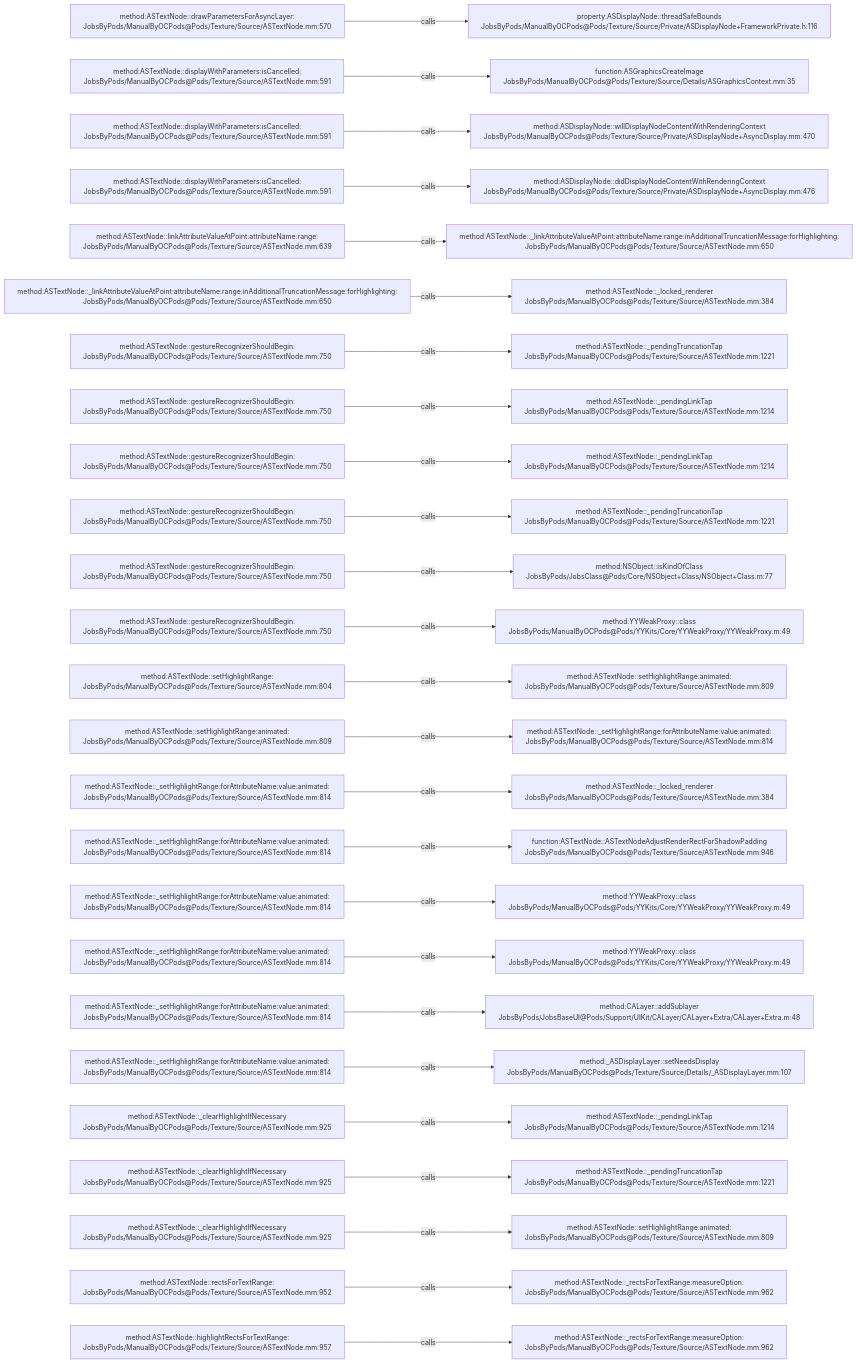
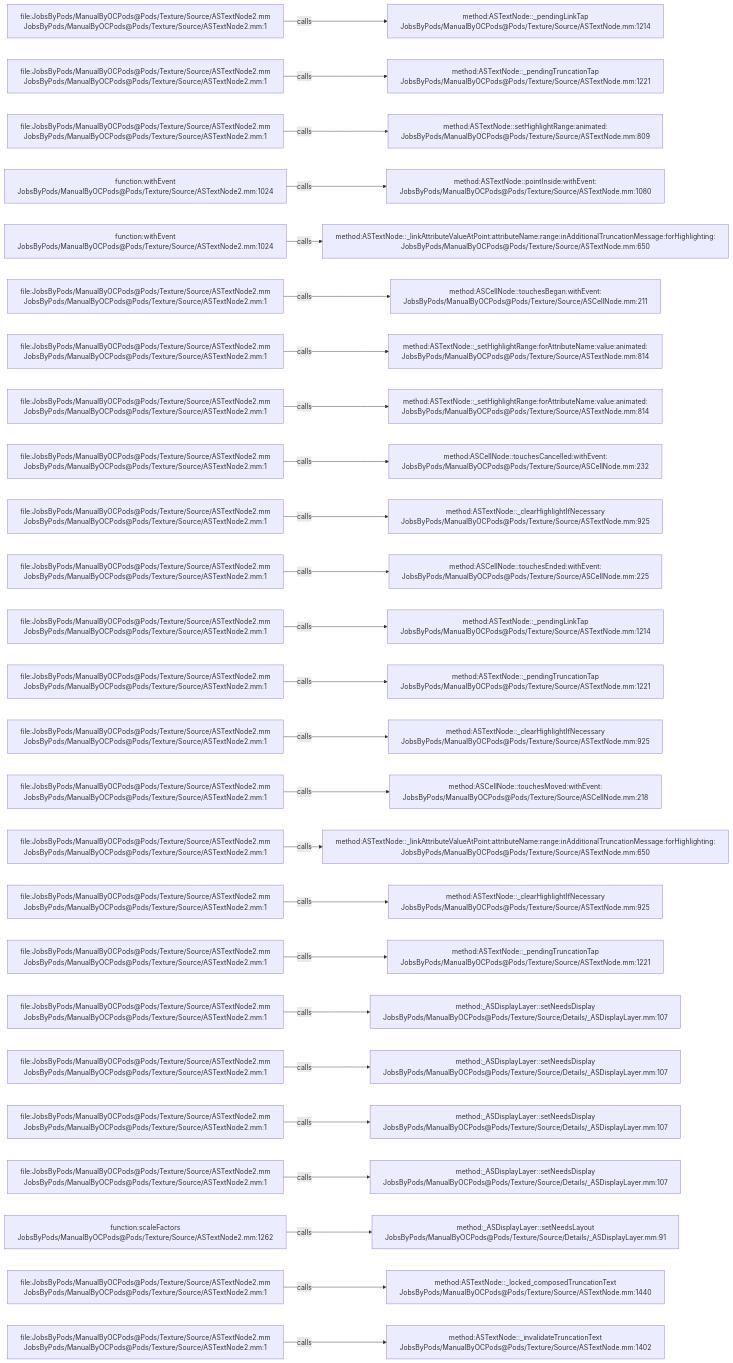
Before and after one commit to JobsKits/JobsOCBaseConfigDemo: the diagram in .codegraph/codegraph.md/graphs/calls-133.md, drawn with Mermaid. The commit also changed 1448 other files, not shown here.

````diff
--- a/.codegraph/codegraph.md/graphs/calls-133.md
+++ b/.codegraph/codegraph.md/graphs/calls-133.md
@@ -13,78 +13,78 @@
 ```mermaid
 flowchart LR
-  S1["method:ASTextNode::drawParametersForAsyncLayer:<br/>JobsByPods/ManualByOCPods@Pods/Texture/Source/ASTextNode.mm:570"]
-  T1["property:ASDisplayNode::threadSafeBounds<br/>JobsByPods/ManualByOCPods@Pods/Texture/Source/Private/ASDisplayNode+FrameworkPrivate.h:116"]
+  S1["file:JobsByPods/ManualByOCPods@Pods/Texture/Source/ASTextNode2.mm<br/>JobsByPods/ManualByOCPods@Pods/Texture/Source/ASTextNode2.mm:1"]
+  T1["method:ASTextNode::_pendingLinkTap<br/>JobsByPods/ManualByOCPods@Pods/Texture/Source/ASTextNode.mm:1214"]
   S1 -->|calls| T1
-  S2["method:ASTextNode::displayWithParameters:isCancelled:<br/>JobsByPods/ManualByOCPods@Pods/Texture/Source/ASTextNode.mm:591"]
-  T2["function:ASGraphicsCreateImage<br/>JobsByPods/ManualByOCPods@Pods/Texture/Source/Details/ASGraphicsContext.mm:35"]
+  S2["file:JobsByPods/ManualByOCPods@Pods/Texture/Source/ASTextNode2.mm<br/>JobsByPods/ManualByOCPods@Pods/Texture/Source/ASTextNode2.mm:1"]
+  T2["method:ASTextNode::_pendingTruncationTap<br/>JobsByPods/ManualByOCPods@Pods/Texture/Source/ASTextNode.mm:1221"]
   S2 -->|calls| T2
-  S3["method:ASTextNode::displayWithParameters:isCancelled:<br/>JobsByPods/ManualByOCPods@Pods/Texture/Source/ASTextNode.mm:591"]
-  T3["method:ASDisplayNode::willDisplayNodeContentWithRenderingContext<br/>JobsByPods/ManualByOCPods@Pods/Texture/Source/Private/ASDisplayNode+AsyncDisplay.mm:470"]
+  S3["file:JobsByPods/ManualByOCPods@Pods/Texture/Source/ASTextNode2.mm<br/>JobsByPods/ManualByOCPods@Pods/Texture/Source/ASTextNode2.mm:1"]
+  T3["method:ASTextNode::setHighlightRange:animated:<br/>JobsByPods/ManualByOCPods@Pods/Texture/Source/ASTextNode.mm:809"]
   S3 -->|calls| T3
-  S4["method:ASTextNode::displayWithParameters:isCancelled:<br/>JobsByPods/ManualByOCPods@Pods/Texture/Source/ASTextNode.mm:591"]
-  T4["method:ASDisplayNode::didDisplayNodeContentWithRenderingContext<br/>JobsByPods/ManualByOCPods@Pods/Texture/Source/Private/ASDisplayNode+AsyncDisplay.mm:476"]
+  S4["function:withEvent<br/>JobsByPods/ManualByOCPods@Pods/Texture/Source/ASTextNode2.mm:1024"]
+  T4["method:ASTextNode::pointInside:withEvent:<br/>JobsByPods/ManualByOCPods@Pods/Texture/Source/ASTextNode.mm:1080"]
   S4 -->|calls| T4
-  S5["method:ASTextNode::linkAttributeValueAtPoint:attributeName:range:<br/>JobsByPods/ManualByOCPods@Pods/Texture/Source/ASTextNode.mm:639"]
+  S5["function:withEvent<br/>JobsByPods/ManualByOCPods@Pods/Texture/Source/ASTextNode2.mm:1024"]
   T5["method:ASTextNode::_linkAttributeValueAtPoint:attributeName:range:inAdditionalTruncationMessage:forHighlighting:<br/>JobsByPods/ManualByOCPods@Pods/Texture/Source/ASTextNode.mm:650"]
   S5 -->|calls| T5
-  S6["method:ASTextNode::_linkAttributeValueAtPoint:attributeName:range:inAdditionalTruncationMessage:forHighlighting:<br/>JobsByPods/ManualByOCPods@Pods/Texture/Source/ASTextNode.mm:650"]
-  T6["method:ASTextNode::_locked_renderer<br/>JobsByPods/ManualByOCPods@Pods/Texture/Source/ASTextNode.mm:384"]
+  S6["file:JobsByPods/ManualByOCPods@Pods/Texture/Source/ASTextNode2.mm<br/>JobsByPods/ManualByOCPods@Pods/Texture/Source/ASTextNode2.mm:1"]
+  T6["method:ASCellNode::touchesBegan:withEvent:<br/>JobsByPods/ManualByOCPods@Pods/Texture/Source/ASCellNode.mm:211"]
   S6 -->|calls| T6
-  S7["method:ASTextNode::gestureRecognizerShouldBegin:<br/>JobsByPods/ManualByOCPods@Pods/Texture/Source/ASTextNode.mm:750"]
-  T7["method:ASTextNode::_pendingTruncationTap<br/>JobsByPods/ManualByOCPods@Pods/Texture/Source/ASTextNode.mm:1221"]
+  S7["file:JobsByPods/ManualByOCPods@Pods/Texture/Source/ASTextNode2.mm<br/>JobsByPods/ManualByOCPods@Pods/Texture/Source/ASTextNode2.mm:1"]
+  T7["method:ASTextNode::_setHighlightRange:forAttributeName:value:animated:<br/>JobsByPods/ManualByOCPods@Pods/Texture/Source/ASTextNode.mm:814"]
   S7 -->|calls| T7
-  S8["method:ASTextNode::gestureRecognizerShouldBegin:<br/>JobsByPods/ManualByOCPods@Pods/Texture/Source/ASTextNode.mm:750"]
-  T8["method:ASTextNode::_pendingLinkTap<br/>JobsByPods/ManualByOCPods@Pods/Texture/Source/ASTextNode.mm:1214"]
+  S8["file:JobsByPods/ManualByOCPods@Pods/Texture/Source/ASTextNode2.mm<br/>JobsByPods/ManualByOCPods@Pods/Texture/Source/ASTextNode2.mm:1"]
+  T8["method:ASTextNode::_setHighlightRange:forAttributeName:value:animated:<br/>JobsByPods/ManualByOCPods@Pods/Texture/Source/ASTextNode.mm:814"]
   S8 -->|calls| T8
-  S9["method:ASTextNode::gestureRecognizerShouldBegin:<br/>JobsByPods/ManualByOCPods@Pods/Texture/Source/ASTextNode.mm:750"]
-  T9["method:ASTextNode::_pendingLinkTap<br/>JobsByPods/ManualByOCPods@Pods/Texture/Source/ASTextNode.mm:1214"]
+  S9["file:JobsByPods/ManualByOCPods@Pods/Texture/Source/ASTextNode2.mm<br/>JobsByPods/ManualByOCPods@Pods/Texture/Source/ASTextNode2.mm:1"]
+  T9["method:ASCellNode::touchesCancelled:withEvent:<br/>JobsByPods/ManualByOCPods@Pods/Texture/Source/ASCellNode.mm:232"]
   S9 -->|calls| T9
-  S10["method:ASTextNode::gestureRecognizerShouldBegin:<br/>JobsByPods/ManualByOCPods@Pods/Texture/Source/ASTextNode.mm:750"]
-  T10["method:ASTextNode::_pendingTruncationTap<br/>JobsByPods/ManualByOCPods@Pods/Texture/Source/ASTextNode.mm:1221"]
+  S10["file:JobsByPods/ManualByOCPods@Pods/Texture/Source/ASTextNode2.mm<br/>JobsByPods/ManualByOCPods@Pods/Texture/Source/ASTextNode2.mm:1"]
+  T10["method:ASTextNode::_clearHighlightIfNecessary<br/>JobsByPods/ManualByOCPods@Pods/Texture/Source/ASTextNode.mm:925"]
   S10 -->|calls| T10
-  S11["method:ASTextNode::gestureRecognizerShouldBegin:<br/>JobsByPods/ManualByOCPods@Pods/Texture/Source/ASTextNode.mm:750"]
-  T11["method:NSObject::isKindOfClass<br/>JobsByPods/JobsClass@Pods/Core/NSObject+Class/NSObject+Class.m:77"]
+  S11["file:JobsByPods/ManualByOCPods@Pods/Texture/Source/ASTextNode2.mm<br/>JobsByPods/ManualByOCPods@Pods/Texture/Source/ASTextNode2.mm:1"]
+  T11["method:ASCellNode::touchesEnded:withEvent:<br/>JobsByPods/ManualByOCPods@Pods/Texture/Source/ASCellNode.mm:225"]
   S11 -->|calls| T11
-  S12["method:ASTextNode::gestureRecognizerShouldBegin:<br/>JobsByPods/ManualByOCPods@Pods/Texture/Source/ASTextNode.mm:750"]
-  T12["method:YYWeakProxy::class<br/>JobsByPods/ManualByOCPods@Pods/YYKits/Core/YYWeakProxy/YYWeakProxy.m:49"]
+  S12["file:JobsByPods/ManualByOCPods@Pods/Texture/Source/ASTextNode2.mm<br/>JobsByPods/ManualByOCPods@Pods/Texture/Source/ASTextNode2.mm:1"]
+  T12["method:ASTextNode::_pendingLinkTap<br/>JobsByPods/ManualByOCPods@Pods/Texture/Source/ASTextNode.mm:1214"]
   S12 -->|calls| T12
-  S13["method:ASTextNode::setHighlightRange:<br/>JobsByPods/ManualByOCPods@Pods/Texture/Source/ASTextNode.mm:804"]
-  T13["method:ASTextNode::setHighlightRange:animated:<br/>JobsByPods/ManualByOCPods@Pods/Texture/Source/ASTextNode.mm:809"]
+  S13["file:JobsByPods/ManualByOCPods@Pods/Texture/Source/ASTextNode2.mm<br/>JobsByPods/ManualByOCPods@Pods/Texture/Source/ASTextNode2.mm:1"]
+  T13["method:ASTextNode::_pendingTruncationTap<br/>JobsByPods/ManualByOCPods@Pods/Texture/Source/ASTextNode.mm:1221"]
   S13 -->|calls| T13
-  S14["method:ASTextNode::setHighlightRange:animated:<br/>JobsByPods/ManualByOCPods@Pods/Texture/Source/ASTextNode.mm:809"]
-  T14["method:ASTextNode::_setHighlightRange:forAttributeName:value:animated:<br/>JobsByPods/ManualByOCPods@Pods/Texture/Source/ASTextNode.mm:814"]
+  S14["file:JobsByPods/ManualByOCPods@Pods/Texture/Source/ASTextNode2.mm<br/>JobsByPods/ManualByOCPods@Pods/Texture/Source/ASTextNode2.mm:1"]
+  T14["method:ASTextNode::_clearHighlightIfNecessary<br/>JobsByPods/ManualByOCPods@Pods/Texture/Source/ASTextNode.mm:925"]
   S14 -->|calls| T14
-  S15["method:ASTextNode::_setHighlightRange:forAttributeName:value:animated:<br/>JobsByPods/ManualByOCPods@Pods/Texture/Source/ASTextNode.mm:814"]
-  T15["method:ASTextNode::_locked_renderer<br/>JobsByPods/ManualByOCPods@Pods/Texture/Source/ASTextNode.mm:384"]
+  S15["file:JobsByPods/ManualByOCPods@Pods/Texture/Source/ASTextNode2.mm<br/>JobsByPods/ManualByOCPods@Pods/Texture/Source/ASTextNode2.mm:1"]
+  T15["method:ASCellNode::touchesMoved:withEvent:<br/>JobsByPods/ManualByOCPods@Pods/Texture/Source/ASCellNode.mm:218"]
   S15 -->|calls| T15
-  S16["method:ASTextNode::_setHighlightRange:forAttributeName:value:animated:<br/>JobsByPods/ManualByOCPods@Pods/Texture/Source/ASTextNode.mm:814"]
-  T16["function:ASTextNode::ASTextNodeAdjustRenderRectForShadowPadding<br/>JobsByPods/ManualByOCPods@Pods/Texture/Source/ASTextNode.mm:946"]
+  S16["file:JobsByPods/ManualByOCPods@Pods/Texture/Source/ASTextNode2.mm<br/>JobsByPods/ManualByOCPods@Pods/Texture/Source/ASTextNode2.mm:1"]
+  T16["method:ASTextNode::_linkAttributeValueAtPoint:attributeName:range:inAdditionalTruncationMessage:forHighlighting:<br/>JobsByPods/ManualByOCPods@Pods/Texture/Source/ASTextNode.mm:650"]
   S16 -->|calls| T16
-  S17["method:ASTextNode::_setHighlightRange:forAttributeName:value:animated:<br/>JobsByPods/ManualByOCPods@Pods/Texture/Source/ASTextNode.mm:814"]
-  T17["method:YYWeakProxy::class<br/>JobsByPods/ManualByOCPods@Pods/YYKits/Core/YYWeakProxy/YYWeakProxy.m:49"]
+  S17["file:JobsByPods/ManualByOCPods@Pods/Texture/Source/ASTextNode2.mm<br/>JobsByPods/ManualByOCPods@Pods/Texture/Source/ASTextNode2.mm:1"]
+  T17["method:ASTextNode::_clearHighlightIfNecessary<br/>JobsByPods/ManualByOCPods@Pods/Texture/Source/ASTextNode.mm:925"]
   S17 -->|calls| T17
-  S18["method:ASTextNode::_setHighlightRange:forAttributeName:value:animated:<br/>JobsByPods/ManualByOCPods@Pods/Texture/Source/ASTextNode.mm:814"]
-  T18["method:YYWeakProxy::class<br/>JobsByPods/ManualByOCPods@Pods/YYKits/Core/YYWeakProxy/YYWeakProxy.m:49"]
+  S18["file:JobsByPods/ManualByOCPods@Pods/Texture/Source/ASTextNode2.mm<br/>JobsByPods/ManualByOCPods@Pods/Texture/Source/ASTextNode2.mm:1"]
+  T18["method:ASTextNode::_pendingTruncationTap<br/>JobsByPods/ManualByOCPods@Pods/Texture/Source/ASTextNode.mm:1221"]
   S18 -->|calls| T18
-  S19["method:ASTextNode::_setHighlightRange:forAttributeName:value:animated:<br/>JobsByPods/ManualByOCPods@Pods/Texture/Source/ASTextNode.mm:814"]
-  T19["method:CALayer::addSublayer<br/>JobsByPods/JobsBaseUI@Pods/Support/UIKit/CALayer/CALayer+Extra/CALayer+Extra.m:48"]
+  S19["file:JobsByPods/ManualByOCPods@Pods/Texture/Source/ASTextNode2.mm<br/>JobsByPods/ManualByOCPods@Pods/Texture/Source/ASTextNode2.mm:1"]
+  T19["method:_ASDisplayLayer::setNeedsDisplay<br/>JobsByPods/ManualByOCPods@Pods/Texture/Source/Details/_ASDisplayLayer.mm:107"]
   S19 -->|calls| T19
-  S20["method:ASTextNode::_setHighlightRange:forAttributeName:value:animated:<br/>JobsByPods/ManualByOCPods@Pods/Texture/Source/ASTextNode.mm:814"]
+  S20["file:JobsByPods/ManualByOCPods@Pods/Texture/Source/ASTextNode2.mm<br/>JobsByPods/ManualByOCPods@Pods/Texture/Source/ASTextNode2.mm:1"]
   T20["method:_ASDisplayLayer::setNeedsDisplay<br/>JobsByPods/ManualByOCPods@Pods/Texture/Source/Details/_ASDisplayLayer.mm:107"]
   S20 -->|calls| T20
-  S21["method:ASTextNode::_clearHighlightIfNecessary<br/>JobsByPods/ManualByOCPods@Pods/Texture/Source/ASTextNode.mm:925"]
-  T21["method:ASTextNode::_pendingLinkTap<br/>JobsByPods/ManualByOCPods@Pods/Texture/Source/ASTextNode.mm:1214"]
+  S21["file:JobsByPods/ManualByOCPods@Pods/Texture/Source/ASTextNode2.mm<br/>JobsByPods/ManualByOCPods@Pods/Texture/Source/ASTextNode2.mm:1"]
+  T21["method:_ASDisplayLayer::setNeedsDisplay<br/>JobsByPods/ManualByOCPods@Pods/Texture/Source/Details/_ASDisplayLayer.mm:107"]
   S21 -->|calls| T21
-  S22["method:ASTextNode::_clearHighlightIfNecessary<br/>JobsByPods/ManualByOCPods@Pods/Texture/Source/ASTextNode.mm:925"]
-  T22["method:ASTextNode::_pendingTruncationTap<br/>JobsByPods/ManualByOCPods@Pods/Texture/Source/ASTextNode.mm:1221"]
+  S22["file:JobsByPods/ManualByOCPods@Pods/Texture/Source/ASTextNode2.mm<br/>JobsByPods/ManualByOCPods@Pods/Texture/Source/ASTextNode2.mm:1"]
+  T22["method:_ASDisplayLayer::setNeedsDisplay<br/>JobsByPods/ManualByOCPods@Pods/Texture/Source/Details/_ASDisplayLayer.mm:107"]
   S22 -->|calls| T22
-  S23["method:ASTextNode::_clearHighlightIfNecessary<br/>JobsByPods/ManualByOCPods@Pods/Texture/Source/ASTextNode.mm:925"]
-  T23["method:ASTextNode::setHighlightRange:animated:<br/>JobsByPods/ManualByOCPods@Pods/Texture/Source/ASTextNode.mm:809"]
+  S23["function:scaleFactors<br/>JobsByPods/ManualByOCPods@Pods/Texture/Source/ASTextNode2.mm:1262"]
+  T23["method:_ASDisplayLayer::setNeedsLayout<br/>JobsByPods/ManualByOCPods@Pods/Texture/Source/Details/_ASDisplayLayer.mm:91"]
   S23 -->|calls| T23
-  S24["method:ASTextNode::rectsForTextRange:<br/>JobsByPods/ManualByOCPods@Pods/Texture/Source/ASTextNode.mm:952"]
-  T24["method:ASTextNode::_rectsForTextRange:measureOption:<br/>JobsByPods/ManualByOCPods@Pods/Texture/Source/ASTextNode.mm:962"]
+  S24["file:JobsByPods/ManualByOCPods@Pods/Texture/Source/ASTextNode2.mm<br/>JobsByPods/ManualByOCPods@Pods/Texture/Source/ASTextNode2.mm:1"]
+  T24["method:ASTextNode::_locked_composedTruncationText<br/>JobsByPods/ManualByOCPods@Pods/Texture/Source/ASTextNode.mm:1440"]
   S24 -->|calls| T24
-  S25["method:ASTextNode::highlightRectsForTextRange:<br/>JobsByPods/ManualByOCPods@Pods/Texture/Source/ASTextNode.mm:957"]
-  T25["method:ASTextNode::_rectsForTextRange:measureOption:<br/>JobsByPods/ManualByOCPods@Pods/Texture/Source/ASTextNode.mm:962"]
+  S25["file:JobsByPods/ManualByOCPods@Pods/Texture/Source/ASTextNode2.mm<br/>JobsByPods/ManualByOCPods@Pods/Texture/Source/ASTextNode2.mm:1"]
+  T25["method:ASTextNode::_invalidateTruncationText<br/>JobsByPods/ManualByOCPods@Pods/Texture/Source/ASTextNode.mm:1402"]
   S25 -->|calls| T25
 ```
````
